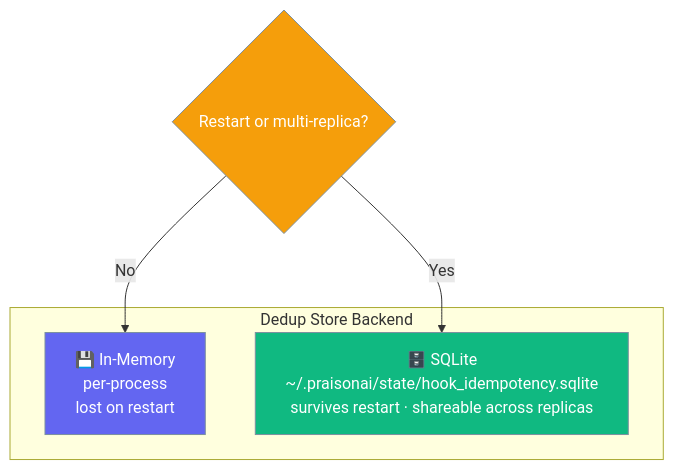
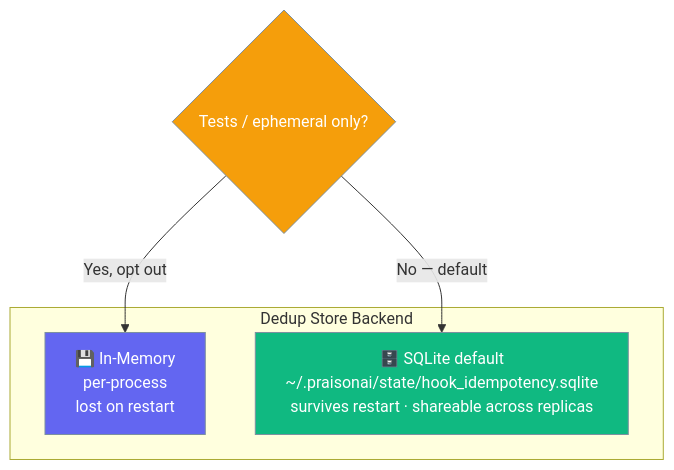
One commit to MervinPraison/PraisonAIDocs changed the third of 4 diagrams in docs/features/gateway-hooks.mdx. Above: the diagram before and after it, drawn with Mermaid. The commit also changed other lines of this file and 6 other files, not shown here.

````diff
--- a/docs/features/gateway-hooks.mdx
+++ b/docs/features/gateway-hooks.mdx
@@ -336,18 +340,18 @@
 ```mermaid
 graph TB
     subgraph "Dedup Store Backend"
         M[💾 In-Memory<br/>per-process<br/>lost on restart]
-        S[🗄️ SQLite<br/>~/.praisonai/state/hook_idempotency.sqlite<br/>survives restart · shareable across replicas]
+        S[🗄️ SQLite default<br/>~/.praisonai/state/hook_idempotency.sqlite<br/>survives restart · shareable across replicas]
     end
-    Choose{Restart or multi-replica?}
-    Choose -->|No| M
-    Choose -->|Yes| S
+    Choose{Tests / ephemeral only?}
+    Choose -->|Yes, opt out| M
+    Choose -->|No — default| S
 
     classDef choice fill:#F59E0B,stroke:#7C90A0,color:#fff
     classDef mem fill:#6366F1,stroke:#7C90A0,color:#fff
     classDef sql fill:#10B981,stroke:#7C90A0,color:#fff
 
     class Choose choice
     class M mem
     class S sql
 ```
````
